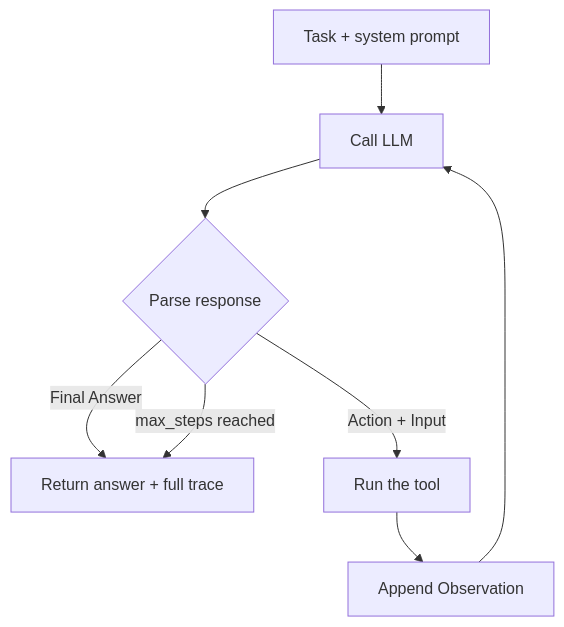
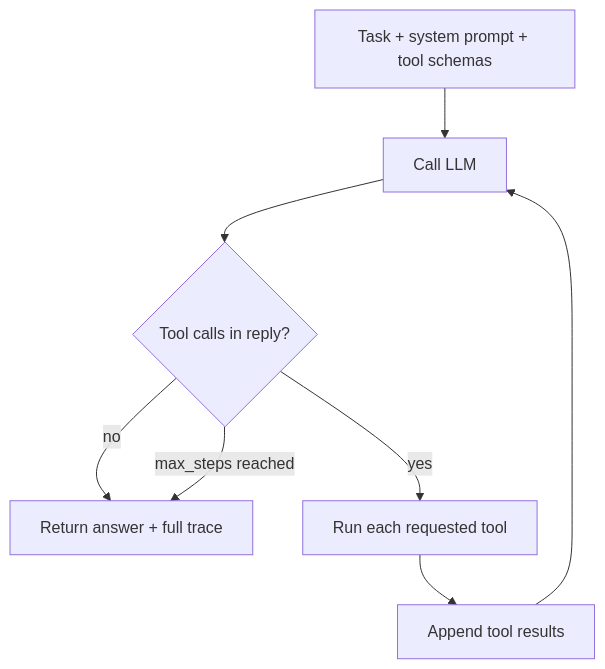
Before and after one commit to objectgyan/agentic-rag-system: the first of 2 diagrams in docs/learn/08-agents.md, drawn with Mermaid. The commit also changed other lines of this file and 16 other files, not shown here.

First line of the commit message:
docs: building-blocks guide and phase-2 roadmap

````diff
--- a/docs/learn/08-agents.md
+++ b/docs/learn/08-agents.md
@@ -25,10 +19,10 @@
 ```mermaid
 flowchart TB
-    START[Task + system prompt] --> LLM[Call LLM]
-    LLM --> P{Parse response}
-    P -->|Final Answer| DONE[Return answer + full trace]
-    P -->|Action + Input| TOOL[Run the tool]
-    TOOL --> OBS[Append Observation]
+    START[Task + system prompt + tool schemas] --> LLM[Call LLM]
+    LLM --> P{Tool calls in reply?}
+    P -->|no| DONE[Return answer + full trace]
+    P -->|yes| TOOL[Run each requested tool]
+    TOOL --> OBS[Append tool results]
     OBS --> LLM
     P -->|max_steps reached| DONE
 ```
````
